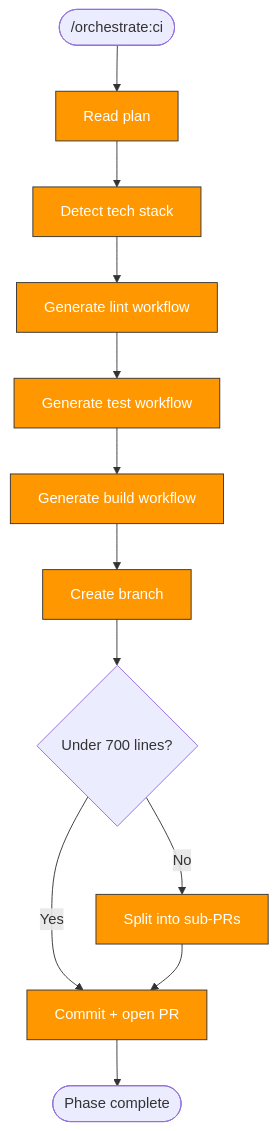
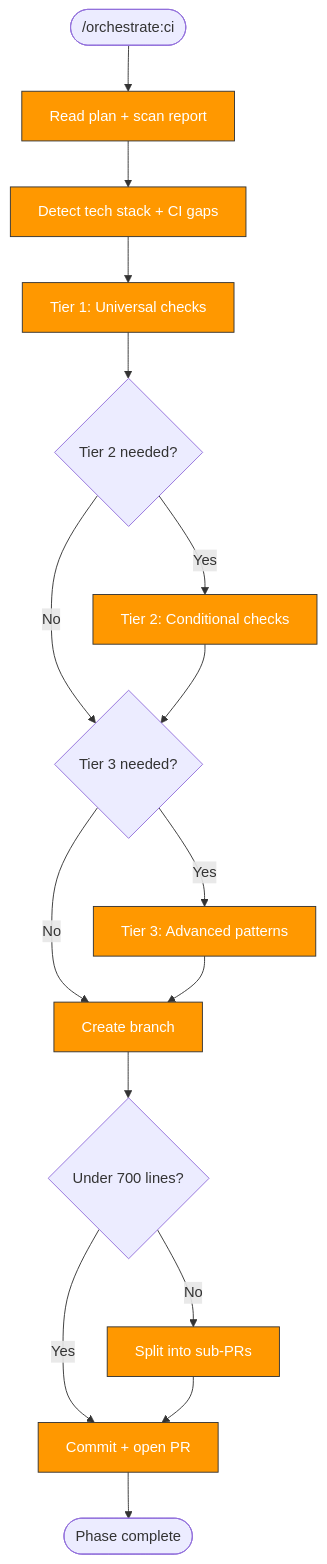
One commit to pdettori/kagenti changed the diagram in .claude/skills/orchestrate:ci/SKILL.md. Above: the diagram before and after it, drawn with Mermaid. The commit also changed other lines of this file and 5 other files, not shown here.

````diff
--- a/.claude/skills/orchestrate:ci/SKILL.md
+++ b/.claude/skills/orchestrate:ci/SKILL.md
@@ -6,16 +6,20 @@
 ```mermaid
 flowchart TD
-    START(["/orchestrate:ci"]) --> READ["Read plan"]:::orch
-    READ --> DETECT["Detect tech stack"]:::orch
-    DETECT --> LINT_WF["Generate lint workflow"]:::orch
-    LINT_WF --> TEST_WF["Generate test workflow"]:::orch
-    TEST_WF --> BUILD_WF["Generate build workflow"]:::orch
-    BUILD_WF --> BRANCH["Create branch"]:::orch
+    START(["/orchestrate:ci"]) --> READ["Read plan + scan report"]:::orch
+    READ --> DETECT["Detect tech stack + CI gaps"]:::orch
+    DETECT --> T1["Tier 1: Universal checks"]:::orch
+    T1 --> T2{"Tier 2 needed?"}
+    T2 -->|Yes| T2_GEN["Tier 2: Conditional checks"]:::orch
+    T2 -->|No| T3
+    T2_GEN --> T3{"Tier 3 needed?"}
+    T3 -->|Yes| T3_GEN["Tier 3: Advanced patterns"]:::orch
+    T3 -->|No| BRANCH
+    T3_GEN --> BRANCH["Create branch"]:::orch
     BRANCH --> SIZE{Under 700 lines?}
     SIZE -->|Yes| PR["Commit + open PR"]:::orch
     SIZE -->|No| SPLIT["Split into sub-PRs"]:::orch
     SPLIT --> PR
     PR --> DONE([Phase complete])
 
     classDef orch fill:#FF9800,stroke:#333,color:white
 ```
````
